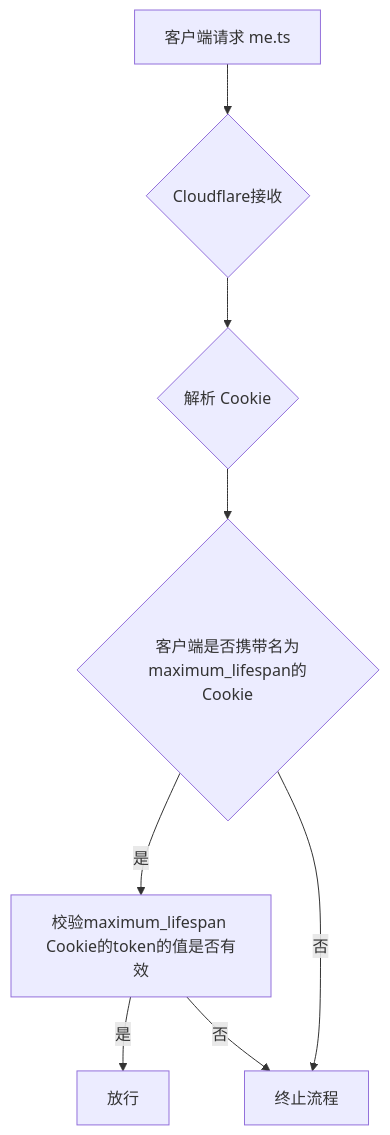
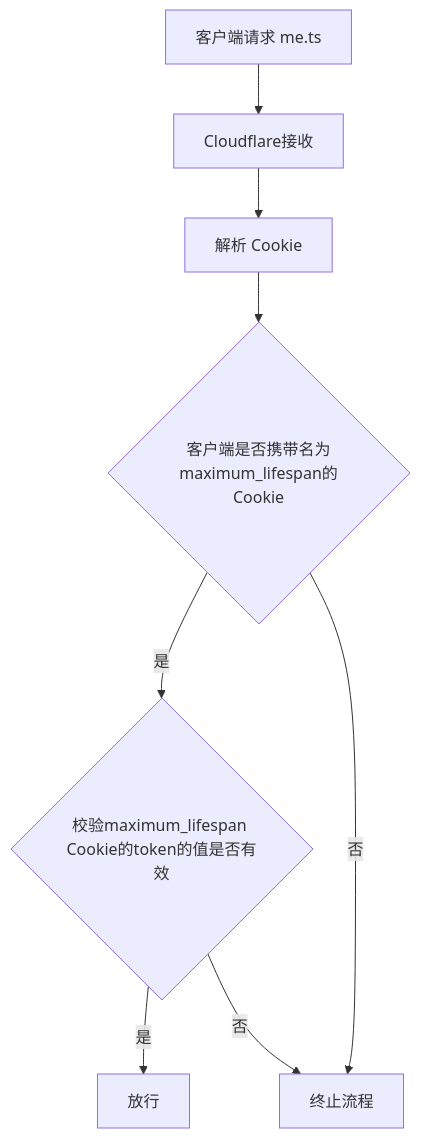
The first of 4 diagrams in docs/滑动登录开发需求及手册.md (zitzhen/CoCo-Community), drawn with Mermaid before and after one commit. The commit also changed other lines of this file, not shown here.

````diff
--- a/docs/滑动登录开发需求及手册.md
+++ b/docs/滑动登录开发需求及手册.md
@@ -38,10 +38,10 @@
 ```mermaid
 flowchart TD
-    A[客户端请求 me.ts ] --> B{Cloudflare接收}--> C{解析 Cookie}-->D{客户端是否携带名为maximum_lifespan的Cookie}
+    A[客户端请求 me.ts ] --> B[Cloudflare接收]--> C[解析 Cookie]-->D{客户端是否携带名为maximum_lifespan的Cookie}
     
-    D -->|是| E[校验maximum_lifespan Cookie的token的值是否有效]
+    D -->|是| E{校验maximum_lifespan Cookie的token的值是否有效}
     D -->|否| F[终止流程,因为未携带]
     E -->|是| G[放行]
     E -->|否| F[终止流程]
 
 ```
````
